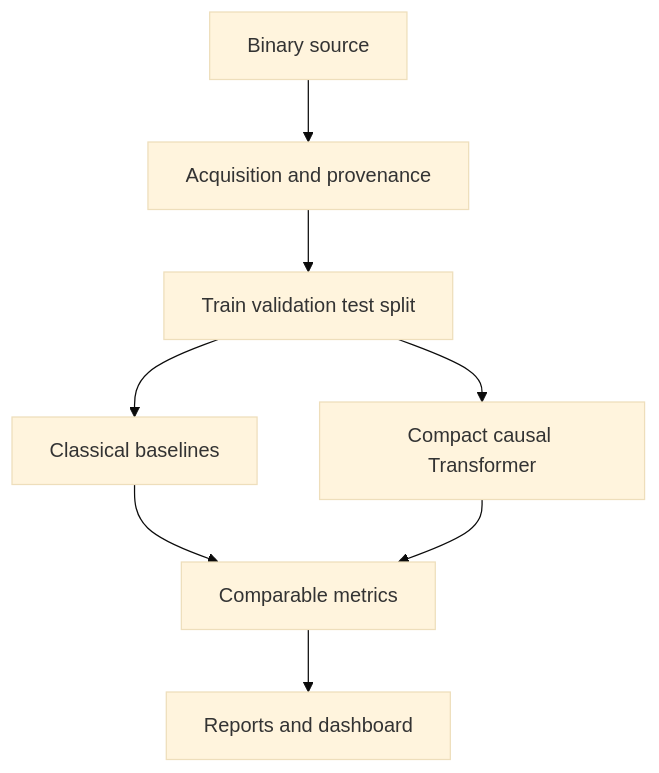
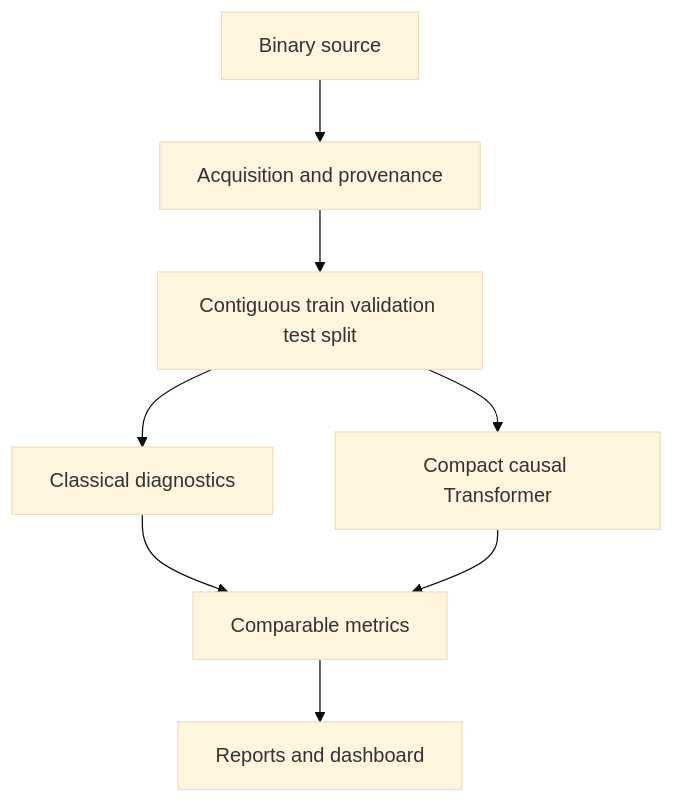
Before and after one commit to GuddetiAnisha/RandomnessTransformerLab: the diagram in README.md, drawn with Mermaid (base theme). The commit also changed other lines of this file, not shown here.

Commit message:
Document real NIST Beacon and Markov validation results

````diff
--- a/README.md
+++ b/README.md
@@ -15,10 +55,10 @@
 ```mermaid
 flowchart TD
     A[Binary source] --> B[Acquisition and provenance]
-    B --> C[Train validation test split]
-    C --> D[Classical baselines]
+    B --> C[Contiguous train validation test split]
+    C --> D[Classical diagnostics]
     C --> E[Compact causal Transformer]
     D --> F[Comparable metrics]
     E --> F
     F --> G[Reports and dashboard]
 ```
````
